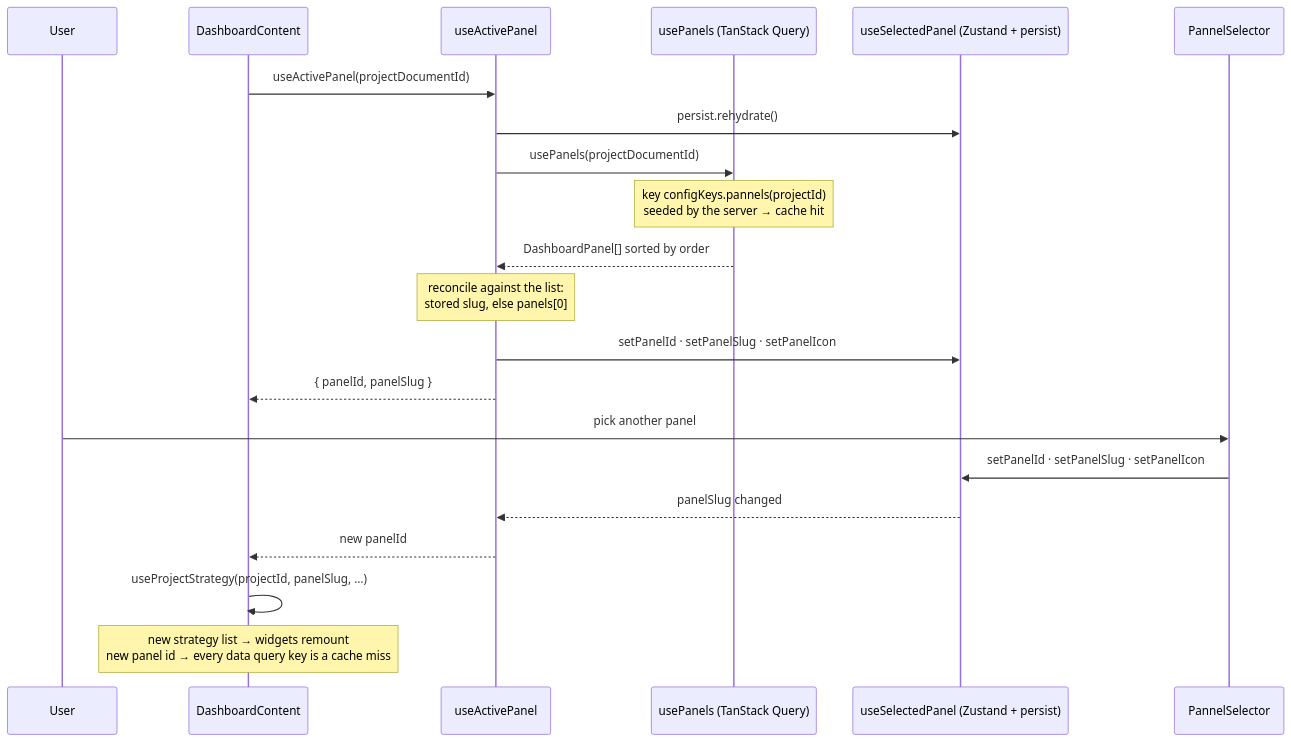
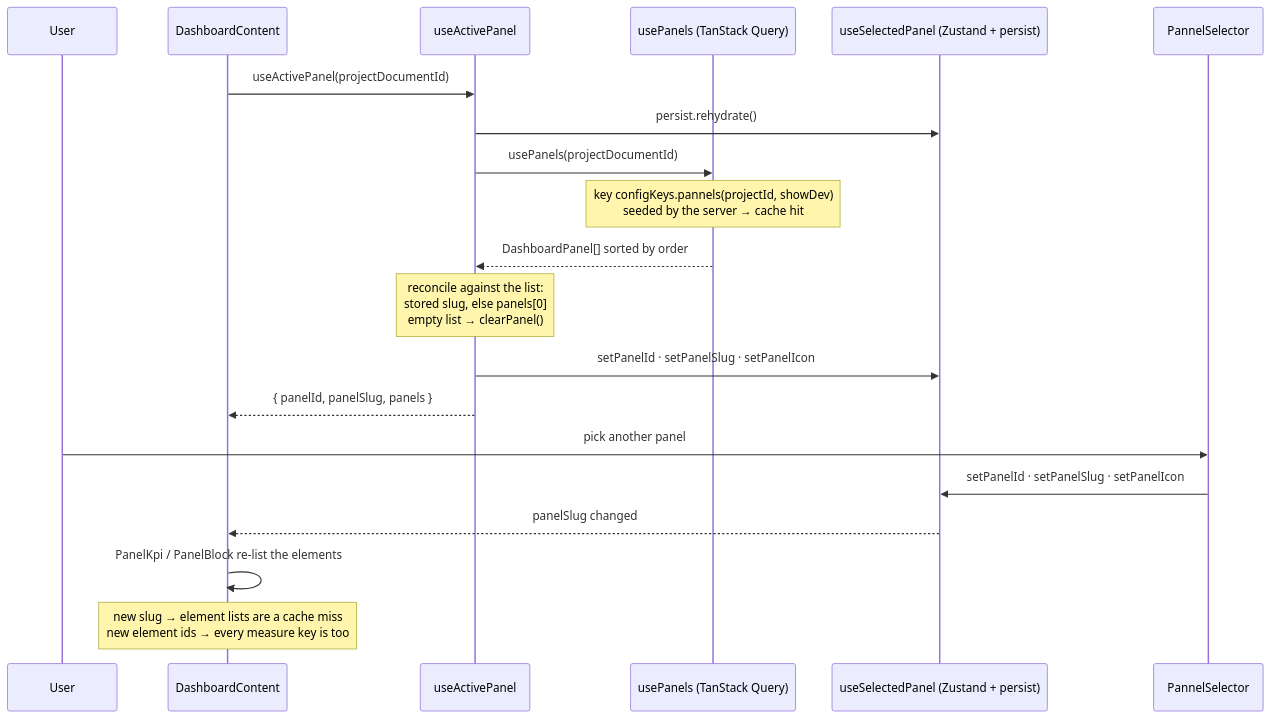
One commit to webteamuxco/dashboard-monitor changed the third of 6 diagrams in apps/docs-site/docs/panels.md. Above: the diagram before and after it, drawn with Mermaid. The commit also changed other lines of this file and 10 other files, not shown here.

````diff
--- a/apps/docs-site/docs/panels.md
+++ b/apps/docs-site/docs/panels.md
@@ -101,24 +136,23 @@
 ```mermaid
 sequenceDiagram
     participant User
     participant Content as DashboardContent
     participant Active as useActivePanel
     participant Q as usePanels (TanStack Query)
     participant Store as useSelectedPanel (Zustand + persist)
     participant Sel as PannelSelector
 
     Content->>Active: useActivePanel(projectDocumentId)
     Active->>Store: persist.rehydrate()
     Active->>Q: usePanels(projectDocumentId)
-    Note over Q: key configKeys.pannels(projectId)<br/>seeded by the server → cache hit
+    Note over Q: key configKeys.pannels(projectId, showDev)<br/>seeded by the server → cache hit
     Q-->>Active: DashboardPanel[] sorted by order
-    Note over Active: reconcile against the list:<br/>stored slug, else panels[0]
+    Note over Active: reconcile against the list:<br/>stored slug, else panels[0]<br/>empty list → clearPanel()
     Active->>Store: setPanelId · setPanelSlug · setPanelIcon
-    Active-->>Content: { panelId, panelSlug }
+    Active-->>Content: { panelId, panelSlug, panels }
     User->>Sel: pick another panel
     Sel->>Store: setPanelId · setPanelSlug · setPanelIcon
-    Store-->>Active: panelSlug changed
-    Active-->>Content: new panelId
-    Content->>Content: useProjectStrategy(projectId, panelSlug, …)
-    Note over Content: new strategy list → widgets remount<br/>new panel id → every data query key is a cache miss
+    Store-->>Content: panelSlug changed
+    Content->>Content: PanelKpi / PanelBlock re-list the elements
+    Note over Content: new slug → element lists are a cache miss<br/>new element ids → every measure key is too
 ```
````
